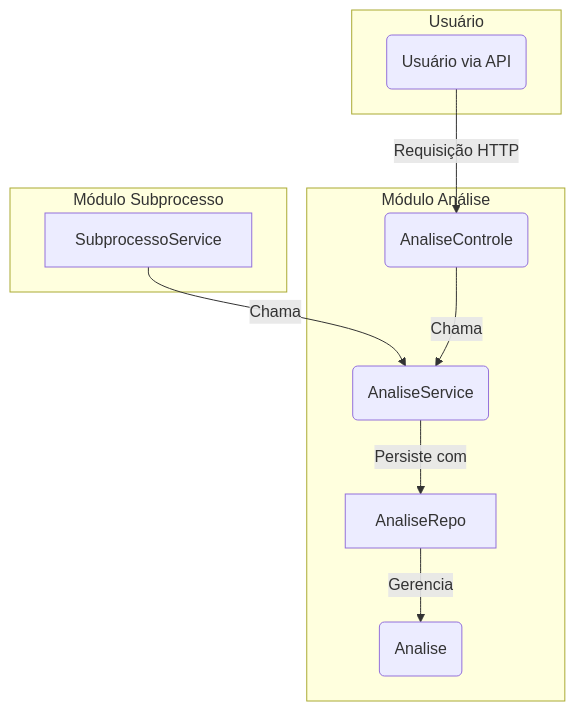
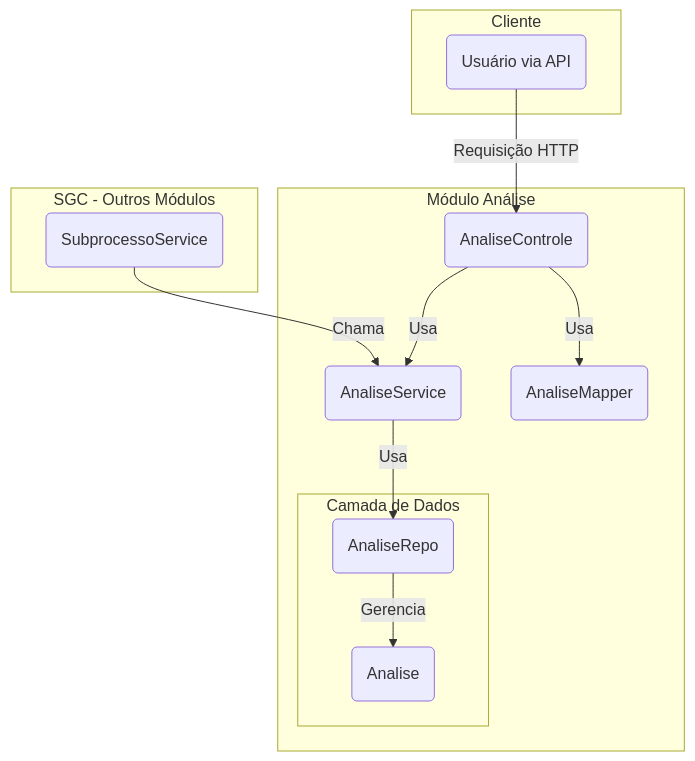
One commit to lgalvao/sgc changed the diagram in backend/src/main/java/sgc/analise/README.md. Above: the diagram before and after it, drawn with Mermaid. The commit also changed other lines of this file and 23 other files, not shown here.

First line of the commit message:
docs: Update all backend READMEs and add Mermaid diagrams

````diff
--- a/backend/src/main/java/sgc/analise/README.md
+++ b/backend/src/main/java/sgc/analise/README.md
@@ -33,25 +26,30 @@
 ```mermaid
 graph TD
-    subgraph "Módulo Subprocesso"
-        A[SubprocessoService]
+    subgraph "SGC - Outros Módulos"
+        SubprocessoService(SubprocessoService)
     end
 
     subgraph "Módulo Análise"
-        B(AnaliseControle)
-        C(AnaliseService)
-        E[AnaliseRepo]
-        G(Analise)
+        AnaliseControle(AnaliseControle)
+        AnaliseService(AnaliseService)
+        AnaliseMapper(AnaliseMapper)
+
+        subgraph "Camada de Dados"
+            AnaliseRepo(AnaliseRepo)
+            Analise(Analise)
+        end
     end
 
-    subgraph "Usuário"
-        U(Usuário via API)
+    subgraph "Cliente"
+        UsuarioAPI(Usuário via API)
     end
 
-    A -- Chama --> C
+    SubprocessoService -- Chama --> AnaliseService
 
-    U -- Requisição HTTP --> B
-    B -- Chama --> C
+    UsuarioAPI -- Requisição HTTP --> AnaliseControle
+    AnaliseControle -- Usa --> AnaliseService
+    AnaliseControle -- Usa --> AnaliseMapper
 
-    C -- Persiste com --> E
-    E -- Gerencia --> G
+    AnaliseService -- Usa --> AnaliseRepo
+    AnaliseRepo -- Gerencia --> Analise
 ```
````
